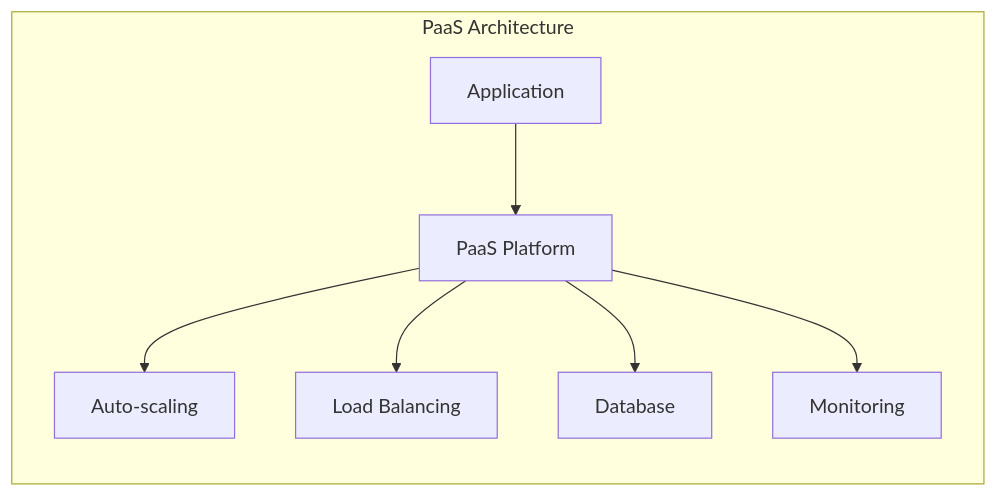
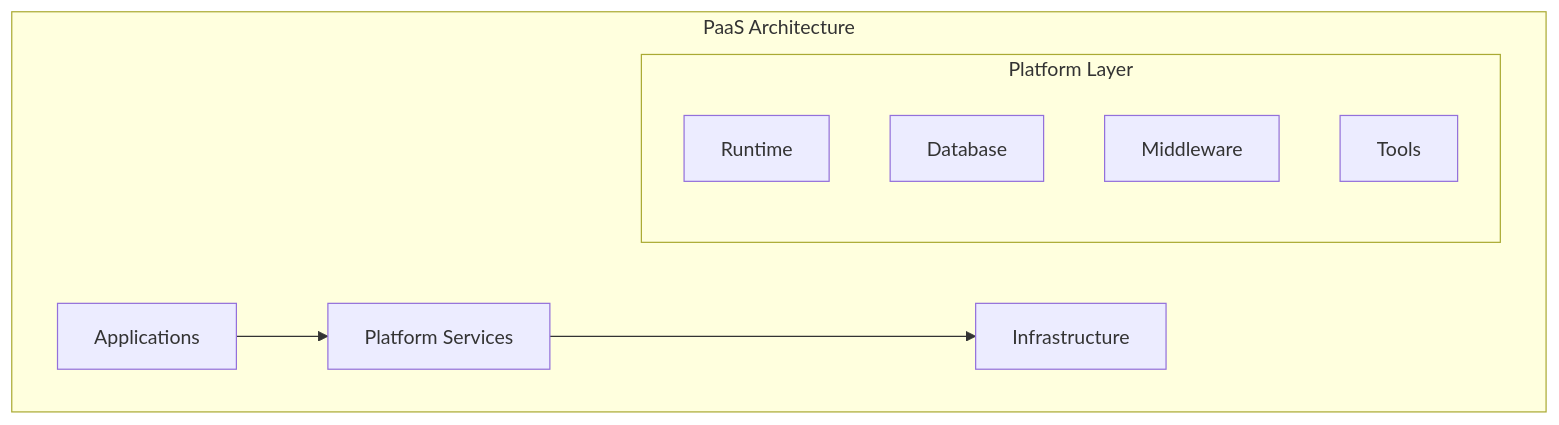
One commit to saravanakumarrc/Architecture_Journey changed the third of 7 diagrams in src/Cloud_Architecture_Models.md. Above: the diagram before and after it, drawn with Mermaid. The commit also changed other lines of this file and 1 other file, not shown here.

Commit message:
Enhance Architecture Governance Models and Cloud Architecture Models documentation; add governance patterns, maturity model, evaluation framework, and implementation checklist for improved clarity and structure.

````diff
--- a/src/Cloud_Architecture_Models.md
+++ b/src/Cloud_Architecture_Models.md
@@ -108,12 +120,14 @@
 ```mermaid
-flowchart TB
+graph TB
     subgraph "PaaS Architecture"
-        direction TB
+        A[Applications] --> P[Platform Services]
+        P --> I[Infrastructure]
         
-        App[Application] --> P[PaaS Platform]
-        P --> S1[Auto-scaling]
-        P --> S2[Load Balancing]
-        P --> S3[Database]
-        P --> S4[Monitoring]
+        subgraph "Platform Layer"
+            R[Runtime]
+            D[Database]
+            M[Middleware]
+            T[Tools]
+        end
     end
 ```
````
